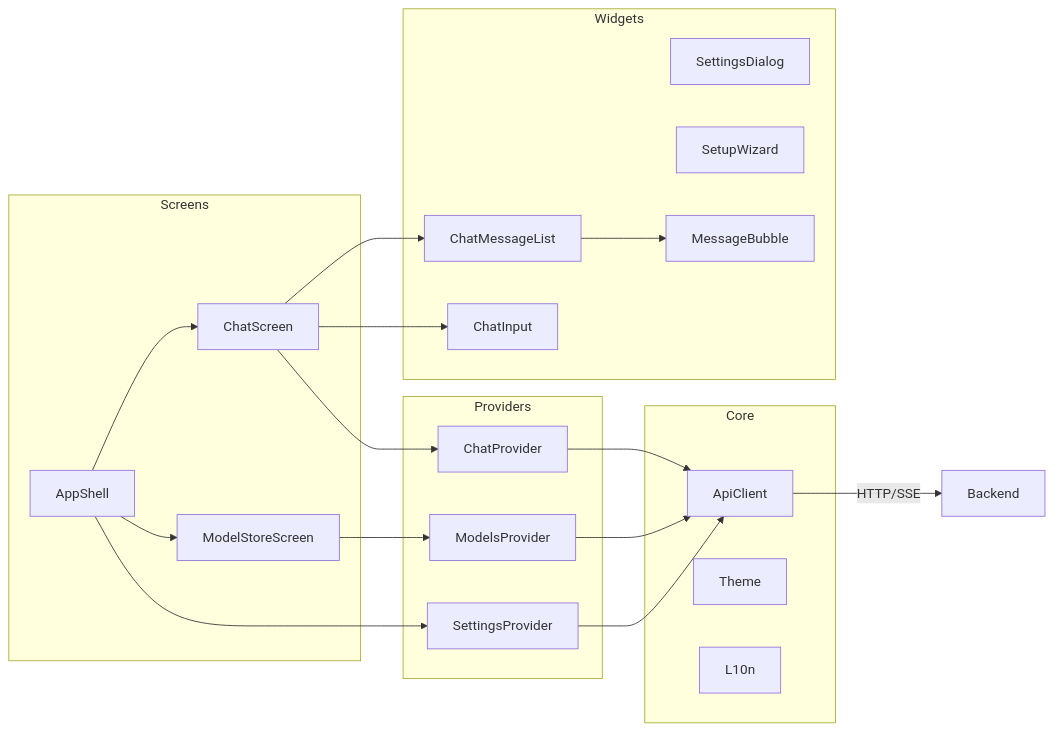
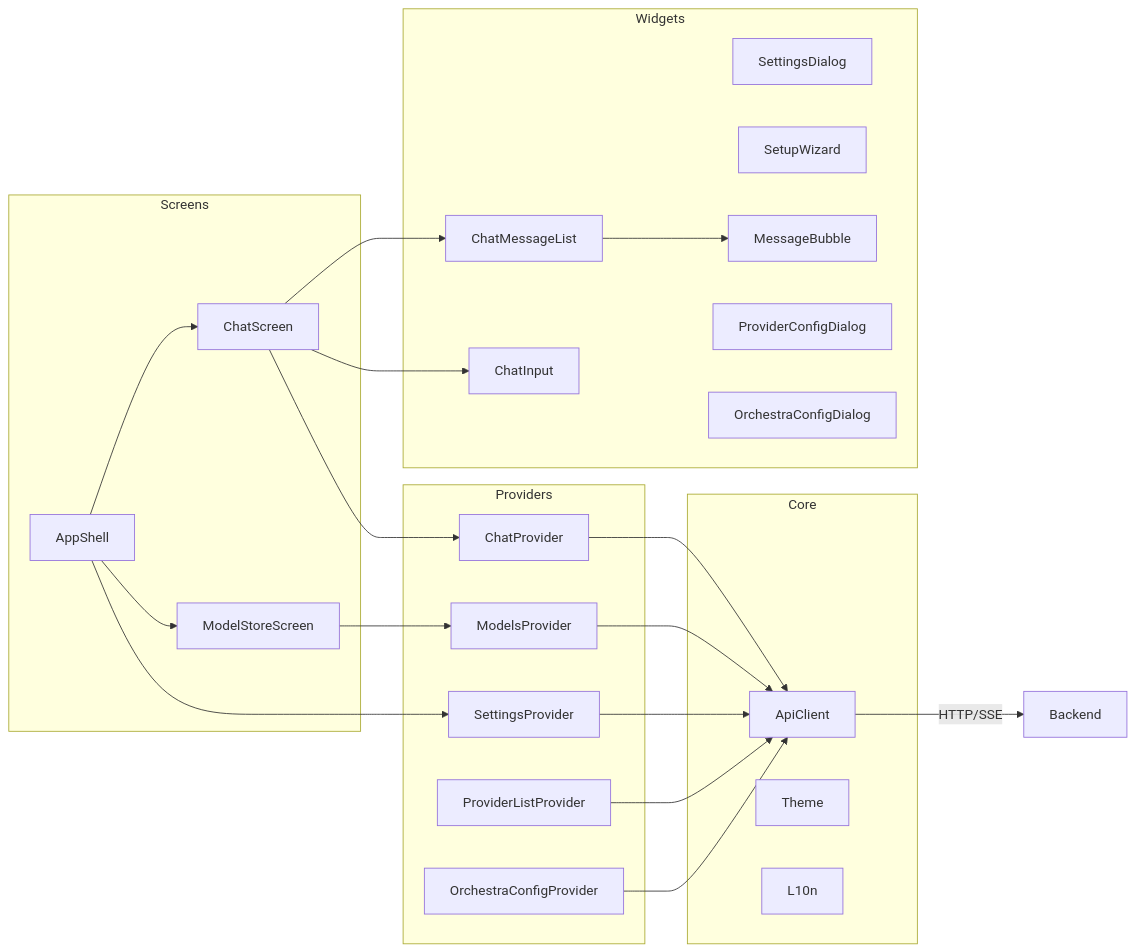
Before and after one commit to BugraAkdemir/memo: the third of 3 diagrams in architecture.md, drawn with Mermaid. The commit also changed other lines of this file and 66 other files, not shown here.

````diff
--- a/architecture.md
+++ b/architecture.md
@@ -193,36 +237,42 @@
 ```mermaid
 graph LR
     subgraph Screens
         CS[ChatScreen]
         MS[ModelStoreScreen]
         AS[AppShell]
     end
     subgraph Providers
         CP[ChatProvider]
         MP[ModelsProvider]
         SP[SettingsProvider]
+        PP[ProviderListProvider]
+        OP[OrchestraConfigProvider]
     end
     subgraph Core
         AC[ApiClient]
         TH[Theme]
         L10n[L10n]
     end
     subgraph Widgets
         CML[ChatMessageList]
         CI[ChatInput]
         SD[SettingsDialog]
         SW[SetupWizard]
         MB[MessageBubble]
+        PC[ProviderConfigDialog]
+        OC[OrchestraConfigDialog]
     end
 
     AS --> CS & MS
     CS --> CML & CI
     CS --> CP
     MS --> MP
     AS --> SP
     CP --> AC
     MP --> AC
     SP --> AC
+    PP --> AC
+    OP --> AC
     CML --> MB
     AC -->|HTTP/SSE| Backend
 ```
````
